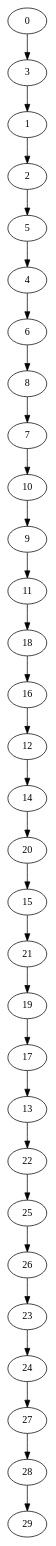
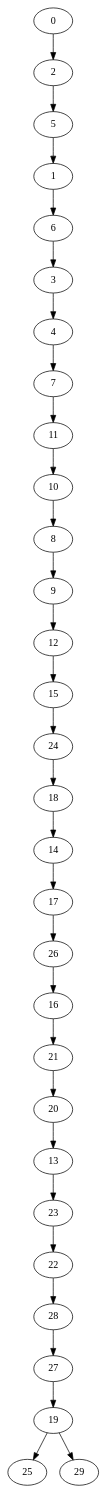
One commit to OmarAlejandroLinares/ProyectoDAA changed the diagram in gv/Gilbert_dfs_r_30.gv. Above: the diagram before and after it, drawn with Graphviz. The commit also changed 76 other files, not shown here.

```diff
--- a/gv/Gilbert_dfs_r_30.gv
+++ b/gv/Gilbert_dfs_r_30.gv
@@ -1,61 +1,61 @@
 digraph {
 	0 [label=0]
-	3 [label=3]
-	1 [label=1]
 	2 [label=2]
 	5 [label=5]
+	1 [label=1]
+	6 [label=6]
+	3 [label=3]
 	4 [label=4]
-	6 [label=6]
+	7 [label=7]
+	11 [label=11]
+	10 [label=10]
 	8 [label=8]
-	7 [label=7]
-	10 [label=10]
 	9 [label=9]
-	11 [label=11]
+	12 [label=12]
+	15 [label=15]
+	24 [label=24]
 	18 [label=18]
+	14 [label=14]
+	17 [label=17]
+	26 [label=26]
 	16 [label=16]
-	12 [label=12]
-	14 [label=14]
+	21 [label=21]
 	20 [label=20]
-	15 [label=15]
-	21 [label=21]
+	13 [label=13]
+	23 [label=23]
+	22 [label=22]
+	28 [label=28]
+	27 [label=27]
 	19 [label=19]
-	17 [label=17]
-	13 [label=13]
-	22 [label=22]
 	25 [label=25]
-	26 [label=26]
-	23 [label=23]
-	24 [label=24]
-	27 [label=27]
-	28 [label=28]
 	29 [label=29]
-	0 -> 3
-	3 -> 1
-	1 -> 2
+	0 -> 2
 	2 -> 5
-	5 -> 4
-	4 -> 6
-	6 -> 8
-	8 -> 7
-	7 -> 10
-	10 -> 9
-	9 -> 11
-	11 -> 18
-	18 -> 16
-	16 -> 12
-	12 -> 14
-	14 -> 20
-	20 -> 15
-	15 -> 21
-	21 -> 19
-	19 -> 17
-	17 -> 13
-	13 -> 22
-	22 -> 25
-	25 -> 26
-	26 -> 23
-	23 -> 24
-	24 -> 27
-	27 -> 28
-	28 -> 29
+	5 -> 1
+	1 -> 6
+	6 -> 3
+	3 -> 4
+	4 -> 7
+	7 -> 11
+	11 -> 10
+	10 -> 8
+	8 -> 9
+	9 -> 12
+	12 -> 15
+	15 -> 24
+	24 -> 18
+	18 -> 14
+	14 -> 17
+	17 -> 26
+	26 -> 16
+	16 -> 21
+	21 -> 20
+	20 -> 13
+	13 -> 23
+	23 -> 22
+	22 -> 28
+	28 -> 27
+	27 -> 19
+	19 -> 25
+	19 -> 29
 }
```
